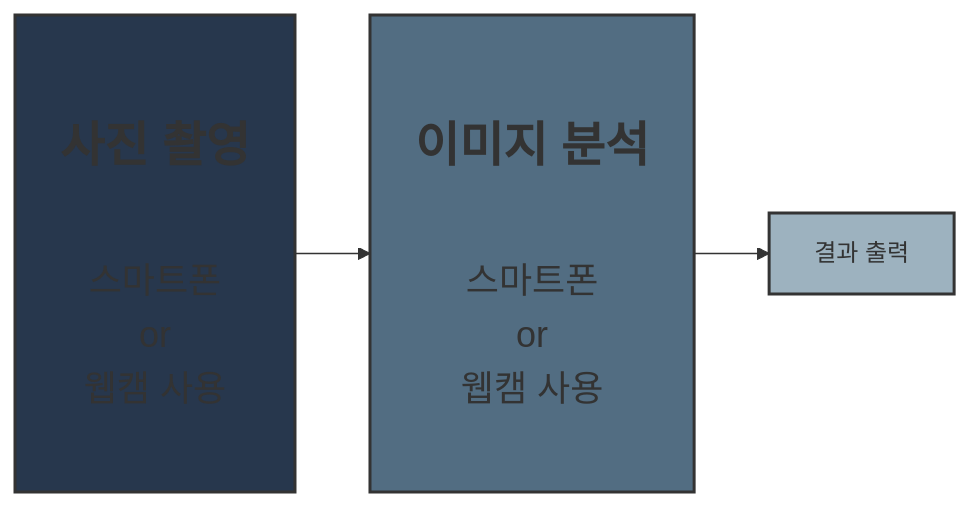
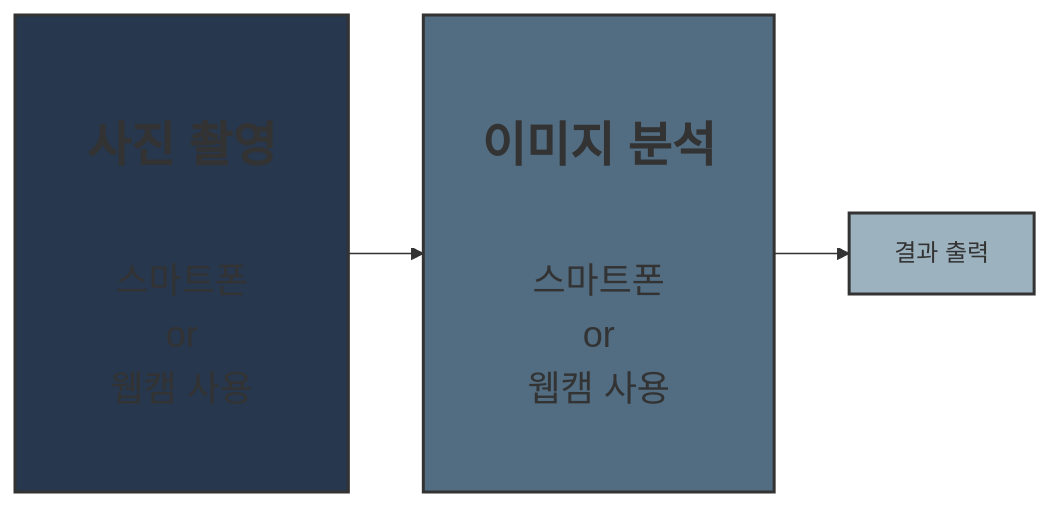
Before and after one commit to 201710808/-p: the diagram in Readme.md, drawn with Mermaid.

````diff
--- a/Readme.md
+++ b/Readme.md
@@ -3,10 +3,10 @@
 ```mermaid
 graph LR
-A[<br><br><b><span style='font-size:32px'>  사진 촬영  </span></b>\n\n\n<span style='font-size:24px'>스마트폰\nor\n웹캠 사용<br><br>] --> B[<br><br><b><span style='font-size:32px'> 이미지 분석 </span></b>\n\n\n<span style='font-size:24px'>스마트폰\nor\n웹캠 사용<br><br>]
+A[<br><br><b><span style='font-size:32px'>&nbsp;&nbsp;사진 촬영&nbsp;&nbsp;</span></b>\n\n\n<span style='font-size:24px'>스마트폰\nor\n웹캠 사용<br><br>] --> B[<br><br><b><span style='font-size:32px'>&nbsp;이미지 분석&nbsp;</span></b>\n\n\n<span style='font-size:24px'>스마트폰\nor\n웹캠 사용<br><br>]
 B --> C[결과 출력]
 
 style A fill:#27374D,stroke:#333,stroke-width:2px
 style B fill:#526D82,stroke:#333,stroke-width:2px
 style C fill:#9DB2BF ,stroke:#333,stroke-width:2px
 
 ```
````
